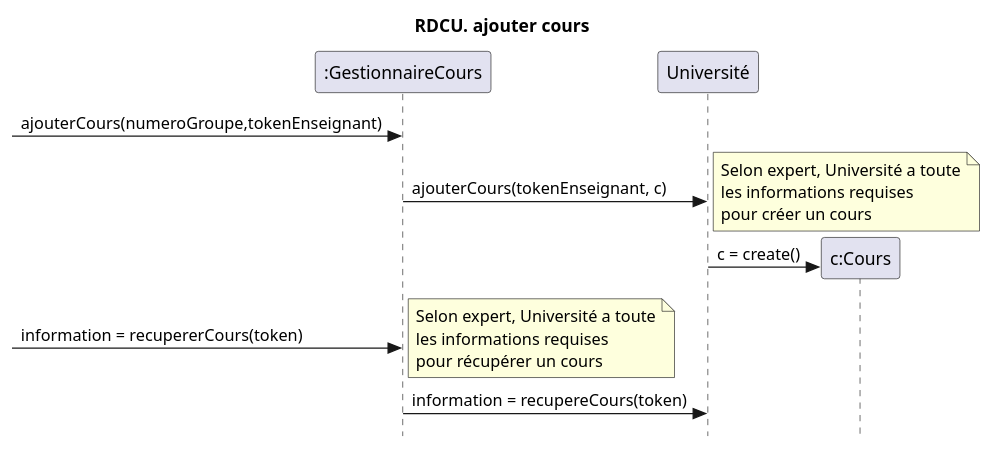
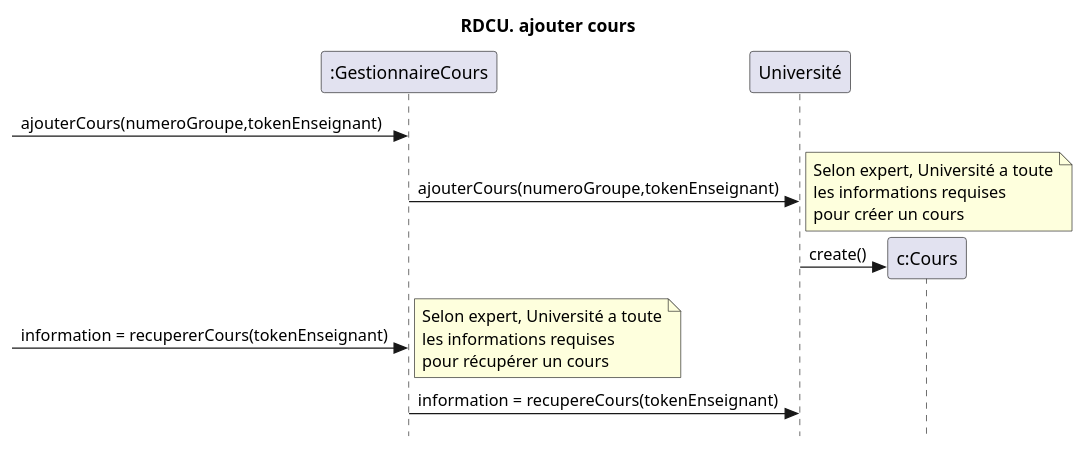
One commit to nerdz88/SGA-TS changed the diagram in docs/Ajouter cours/RDCU_ajouterCours.puml. Above: the diagram before and after it, drawn with PlantUML. The commit also changed 7 other files, not shown here.

```diff
--- a/docs/Ajouter cours/RDCU_ajouterCours.puml
+++ b/docs/Ajouter cours/RDCU_ajouterCours.puml
@@ -1,17 +1,17 @@
 @startuml creerNouveauCours
 skinparam style strictuml
 skinparam defaultfontname Verdana
 title RDCU. ajouter cours
 participant ":GestionnaireCours" as controlleur
 participant "Université" as sga
 participant "c:Cours" as cours
 
 -> controlleur : ajouterCours(numeroGroupe,tokenEnseignant)
-  controlleur->sga : ajouterCours(tokenEnseignant, c)
+  controlleur->sga : ajouterCours(numeroGroupe,tokenEnseignant)
   note right : Selon expert, Université a toute\nles informations requises\npour créer un cours
   create cours
-  sga->cours : c = create()
-  -> controlleur : information = recupererCours(token)
+  sga->cours : create()
+  -> controlleur : information = recupererCours(tokenEnseignant)
 note right : Selon expert, Université a toute\nles informations requises\npour récupérer un cours
-  controlleur -> sga : information = recupereCours(token)
+  controlleur -> sga : information = recupereCours(tokenEnseignant)
   @enduml
```
